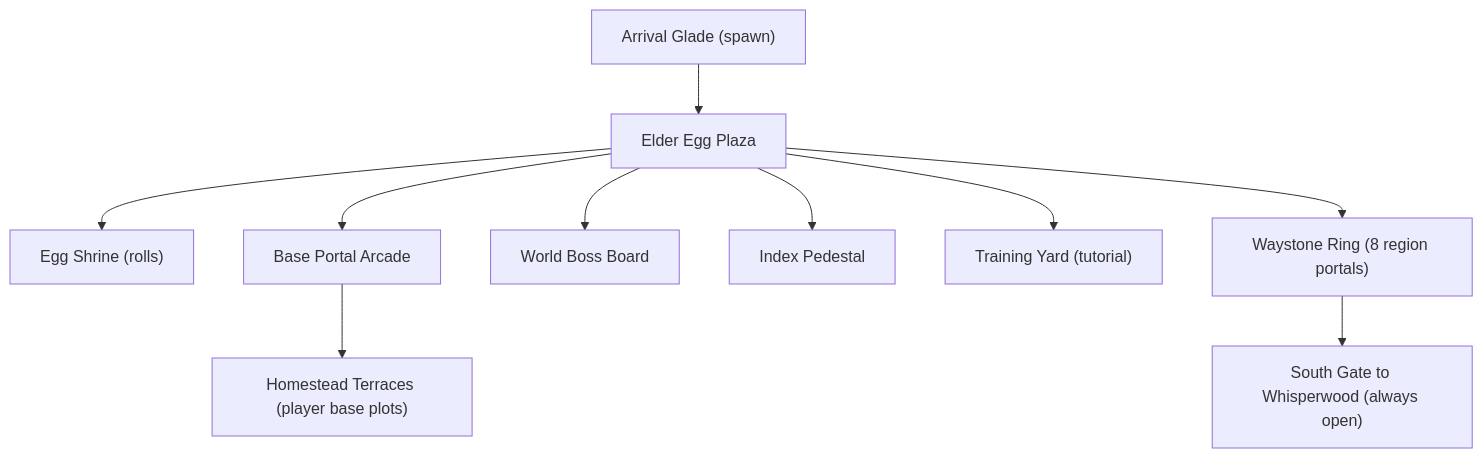
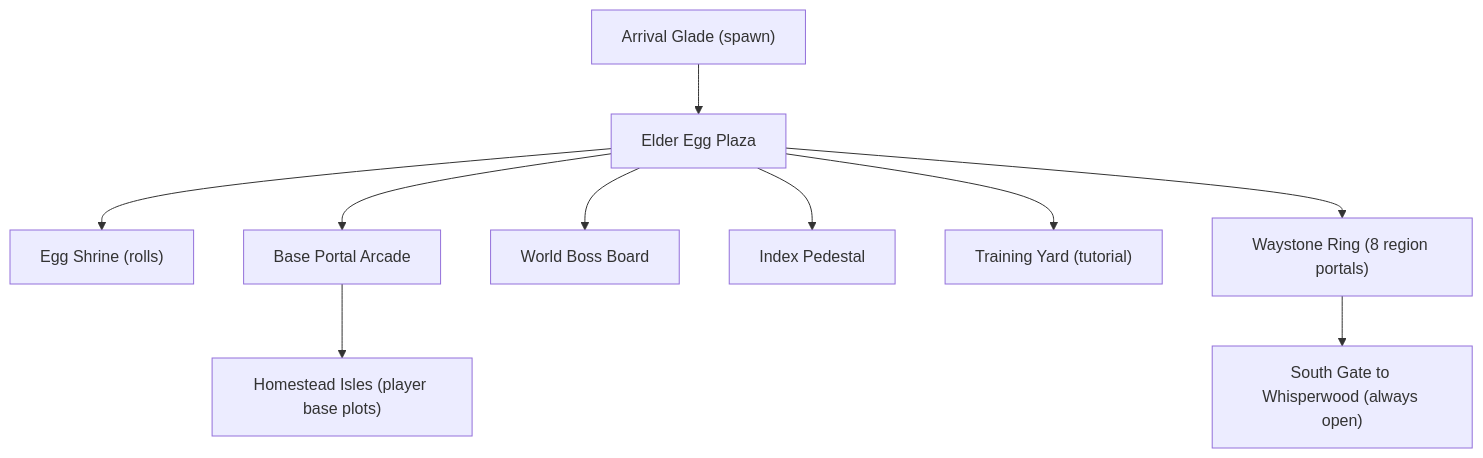
One commit to shrp1434/ZeroCheat changed the diagram in Fight Animals for Eggs - Game Design Bible/03 - WORLD DESIGN/Hub - Hatchling Haven.md. Above: the diagram before and after it, drawn with Mermaid. The commit also changed other lines of this file and 11 other files, not shown here.

````diff
--- a/Fight Animals for Eggs - Game Design Bible/03 - WORLD DESIGN/Hub - Hatchling Haven.md
+++ b/Fight Animals for Eggs - Game Design Bible/03 - WORLD DESIGN/Hub - Hatchling Haven.md
@@ -62,12 +62,12 @@
 ```mermaid
 flowchart TD
     ARR["Arrival Glade (spawn)"] --> PLAZA["Elder Egg Plaza"]
     PLAZA --> SHRINE["Egg Shrine (rolls)"]
     PLAZA --> PORT["Base Portal Arcade"]
     PLAZA --> BOARD["World Boss Board"]
     PLAZA --> IDX["Index Pedestal"]
     PLAZA --> TRAIN["Training Yard (tutorial)"]
     PLAZA --> WAY["Waystone Ring (8 region portals)"]
     WAY --> SOUTH["South Gate to Whisperwood (always open)"]
-    PORT --> TERR["Homestead Terraces (player base plots)"]
+    PORT --> TERR["Homestead Isles (player base plots)"]
 ```
````
